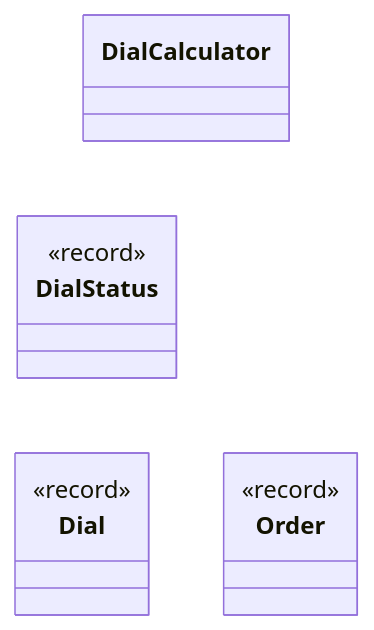
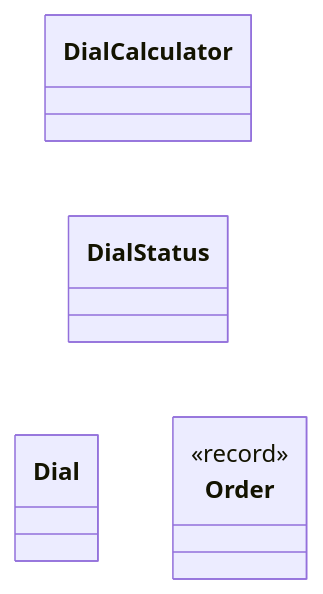
One commit to lauraheerrera/aoc2025 changed the diagram in UML diagrams/uml_day01.md. Above: the diagram before and after it, drawn with Mermaid. The commit also changed 91 other files, not shown here.

````diff
--- a/UML diagrams/uml_day01.md
+++ b/UML diagrams/uml_day01.md
@@ -3,24 +3,22 @@
 ```mermaid
 %%{init: { 'themeVariables': { 'lineColor': '#FFFFFF' } } }%%
 classDiagram
     direction TB
+
     class Dial {
-        <<record>>
     }
 
     class DialStatus {
-        <<record>>
+    }
+
+    class DialCalculator {
     }
 
     class Order {
         <<record>>
     }
 
-    class DialCalculator {
-    }
-
     DialStatus --> Dial
     DialStatus --> Order
-    DialCalculator ..> DialStatus
-    DialCalculator --> Order
+    DialCalculator --> DialStatus
 ```
````
